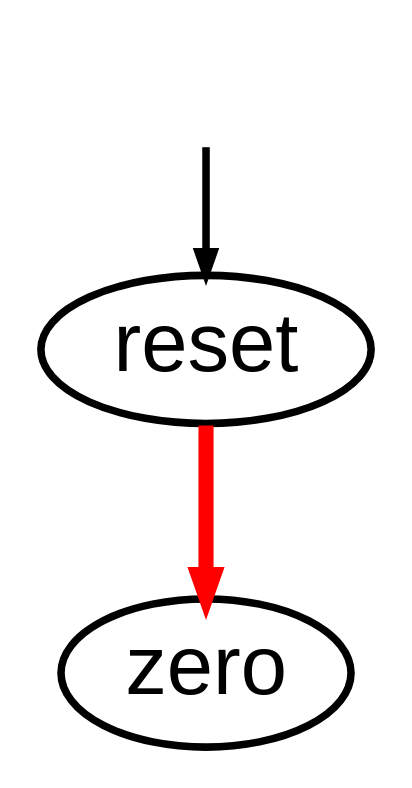
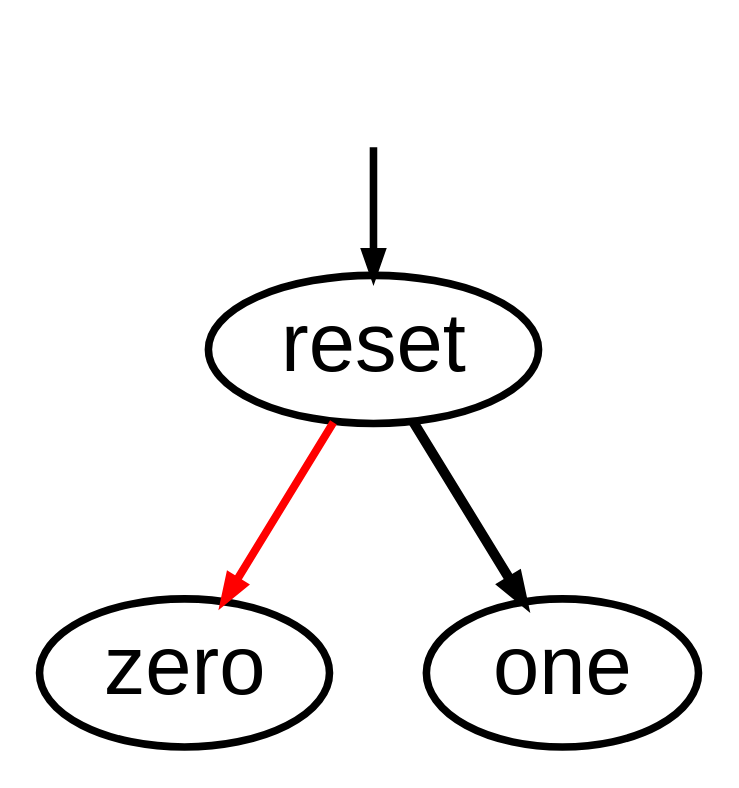
The diagram in modbat.examples.ExampleModel-root-StateGraph.dot (georgewbar/modbat), drawn with Graphviz before and after one commit. The commit also changed 27 other files, not shown here.

```diff
--- a/modbat.examples.ExampleModel-root-StateGraph.dot
+++ b/modbat.examples.ExampleModel-root-StateGraph.dot
@@ -1,9 +1,9 @@
 digraph model {
   orientation = portrait;
   graph [ rankdir = "TB", ranksep="0.08", nodesep="0.18", size="8!" ];
   node [ fontname = "Helvetica", fontsize="11.0", shape="ellipse", margin="0.01", height="0.1", width="0.5" ];
   edge [ fontname = "Helvetica", arrowsize=".3", arrowhead="normal", fontsize="6.0", margin="0.05" ];
 None [shape=none, style=invis, width=0.1, height=0.1];
 None->reset;
 {rank = source; None}
-reset->zero[color=red,penwidth="2.0043213737826426",label = " "];}
+reset->zero[color=red,penwidth="1.0413926851582251",label = " "];reset->one[penwidth="1.3222192947339193",label = " "];}
```
